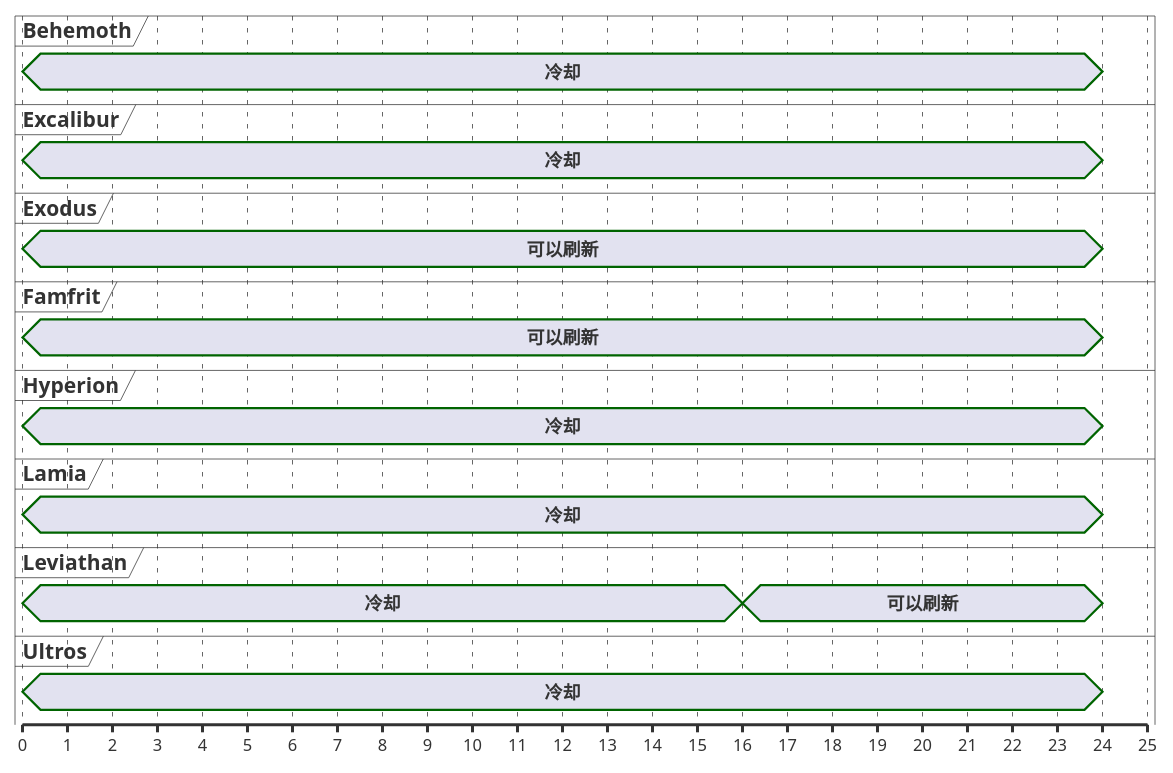
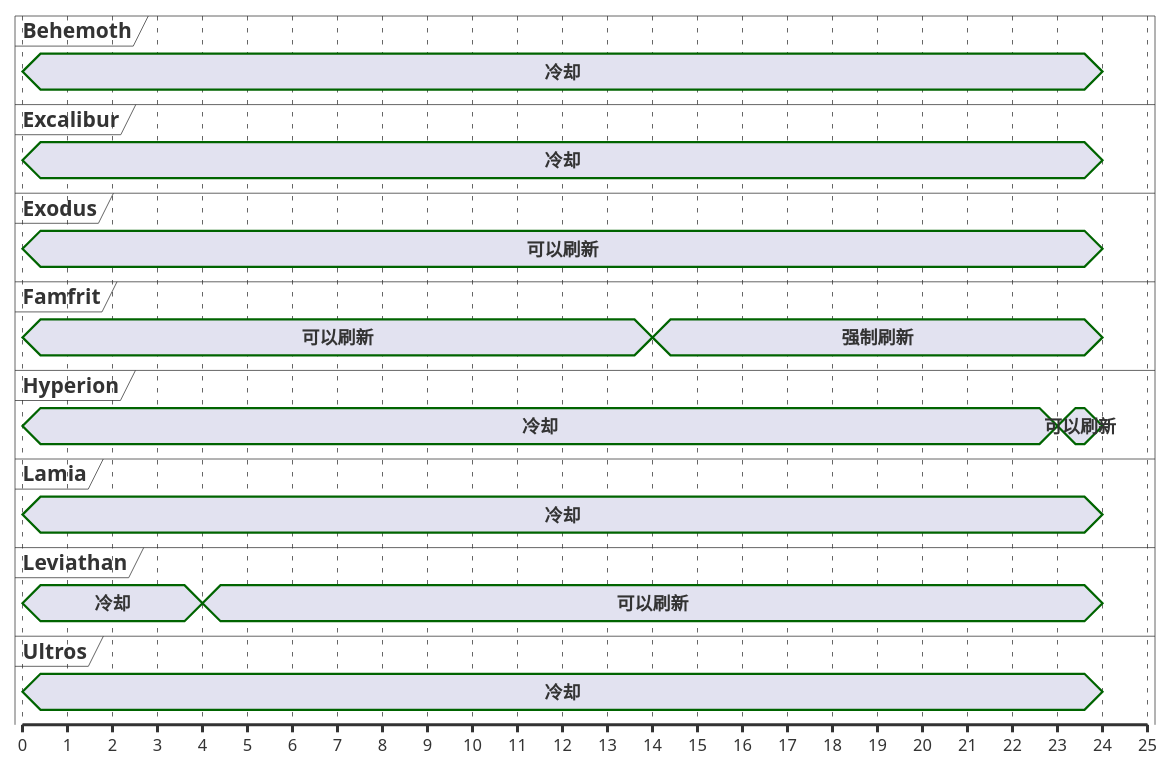
One commit to Eroleice/doc-pi changed the ninth of 13 diagrams in ffxiv/hunt/3.0/Senmurv.md. Above: the diagram before and after it, drawn with PlantUML. The commit also changed other lines of this file and 38 other files, not shown here.

````diff
--- a/ffxiv/hunt/3.0/Senmurv.md
+++ b/ffxiv/hunt/3.0/Senmurv.md
@@ -448,48 +451,50 @@
 ```plantuml
 @startuml
 scale 1 as 30 pixels
 
 concise Behemoth
 concise Excalibur
 concise Exodus
 concise Famfrit
 concise Hyperion
 concise Lamia
 concise Leviathan
 concise Ultros
 
 @Famfrit
 0 is 可以刷新
+14 is 强制刷新
 24 is {hidden}
 
 @Exodus
 0 is 可以刷新
 24 is {hidden}
 
 @Leviathan
 0 is 冷却
-16 is 可以刷新
+4 is 可以刷新
 24 is {hidden}
 
 @Hyperion
 0 is 冷却
+23 is 可以刷新
 24 is {hidden}
 
 @Ultros
 0 is 冷却
 24 is {hidden}
 
 @Excalibur
 0 is 冷却
 24 is {hidden}
 
 @Lamia
 0 is 冷却
 24 is {hidden}
 
 @Behemoth
 0 is 冷却
 24 is {hidden}
 
 @enduml
 ```
````
